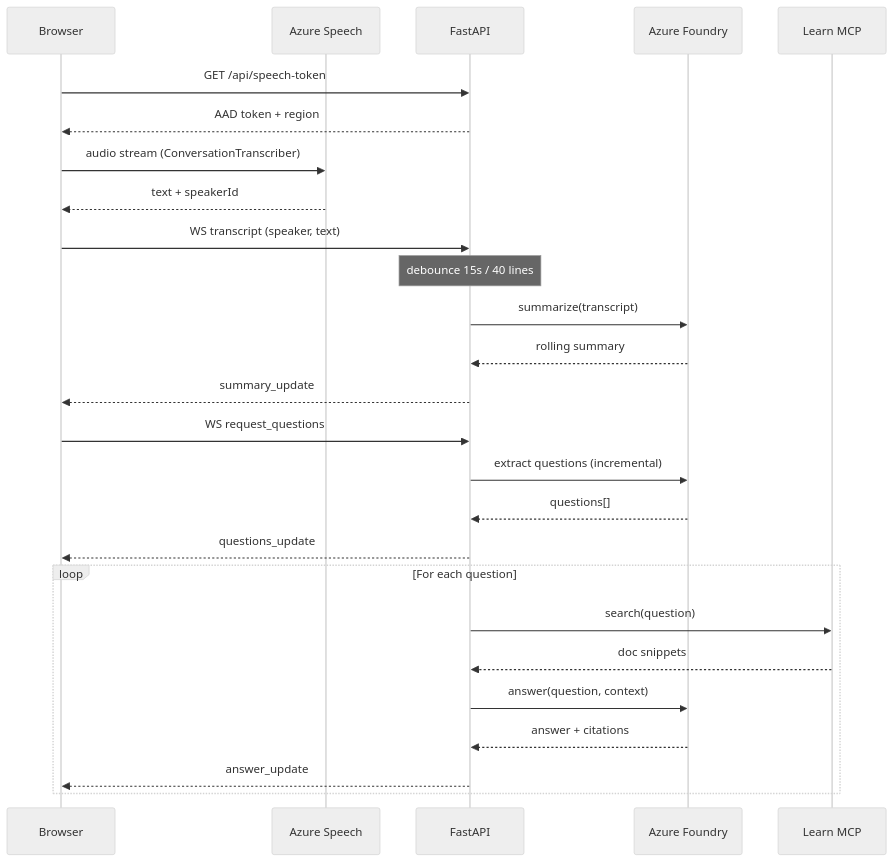
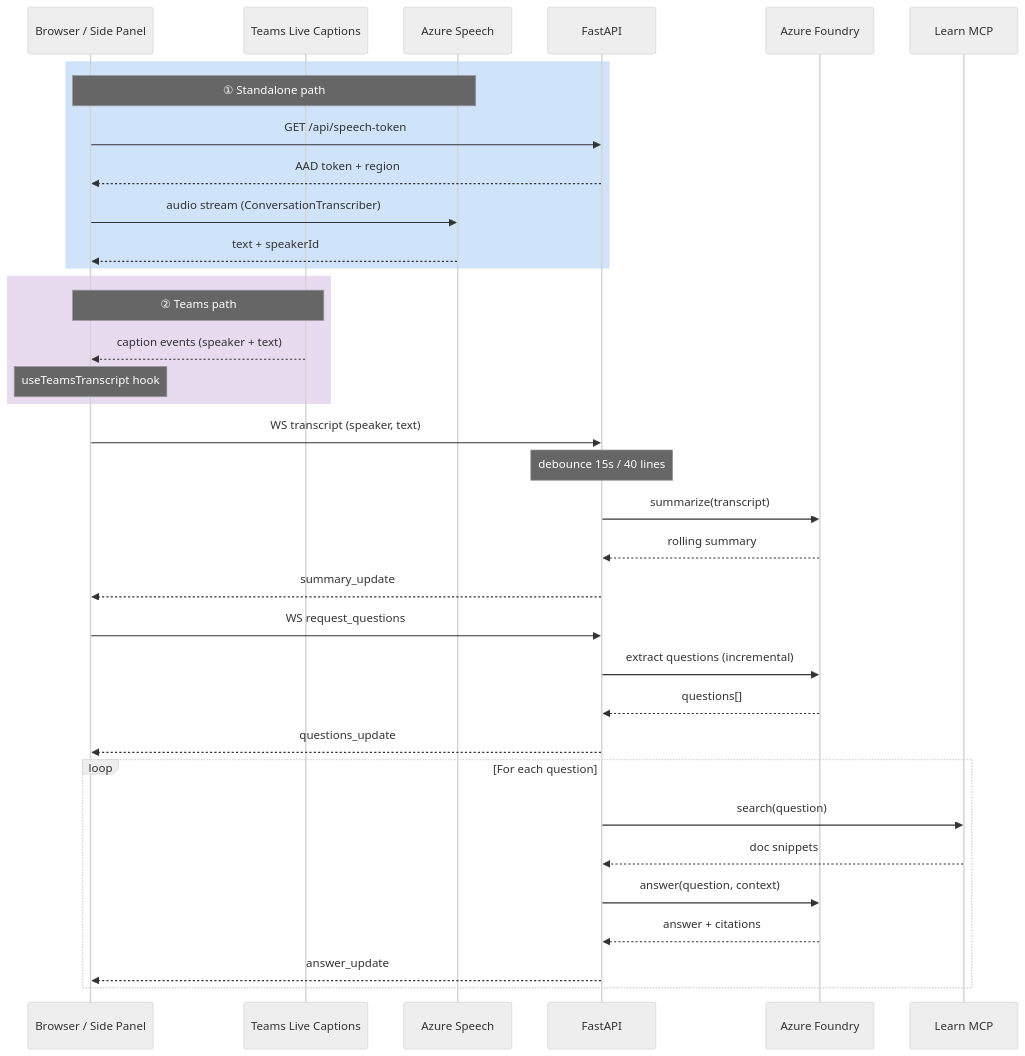
The second of 2 diagrams in README.md (lijunliu-gh/realtime-qa-app), drawn with Mermaid (neutral theme) before and after one commit. The commit also changed other lines of this file and 2 other files, not shown here.

First line of the commit message:
docs: update Architecture & Data Flow diagrams with Teams path

````diff
--- a/README.md
+++ b/README.md
@@ -70,33 +85,42 @@
 ```mermaid
 sequenceDiagram
-    participant B as Browser
+    participant B as Browser / Side Panel
+    participant T as Teams Live Captions
     participant S as Azure Speech
     participant F as FastAPI
     participant G as Azure Foundry
     participant M as Learn MCP
 
+    rect rgb(207, 228, 250)
+    Note over B,S: ① Standalone path
     B->>F: GET /api/speech-token
     F-->>B: AAD token + region
-
     B->>S: audio stream (ConversationTranscriber)
     S-->>B: text + speakerId
+    end
+
+    rect rgb(232, 218, 239)
+    Note over B,T: ② Teams path
+    T-->>B: caption events (speaker + text)
+    Note over B: useTeamsTranscript hook
+    end
 
     B->>F: WS transcript (speaker, text)
     Note over F: debounce 15s / 40 lines
     F->>G: summarize(transcript)
     G-->>F: rolling summary
     F-->>B: summary_update
 
     B->>F: WS request_questions
     F->>G: extract questions (incremental)
     G-->>F: questions[]
     F-->>B: questions_update
 
     loop For each question
         F->>M: search(question)
         M-->>F: doc snippets
         F->>G: answer(question, context)
         G-->>F: answer + citations
         F-->>B: answer_update
     end
 ```
````
